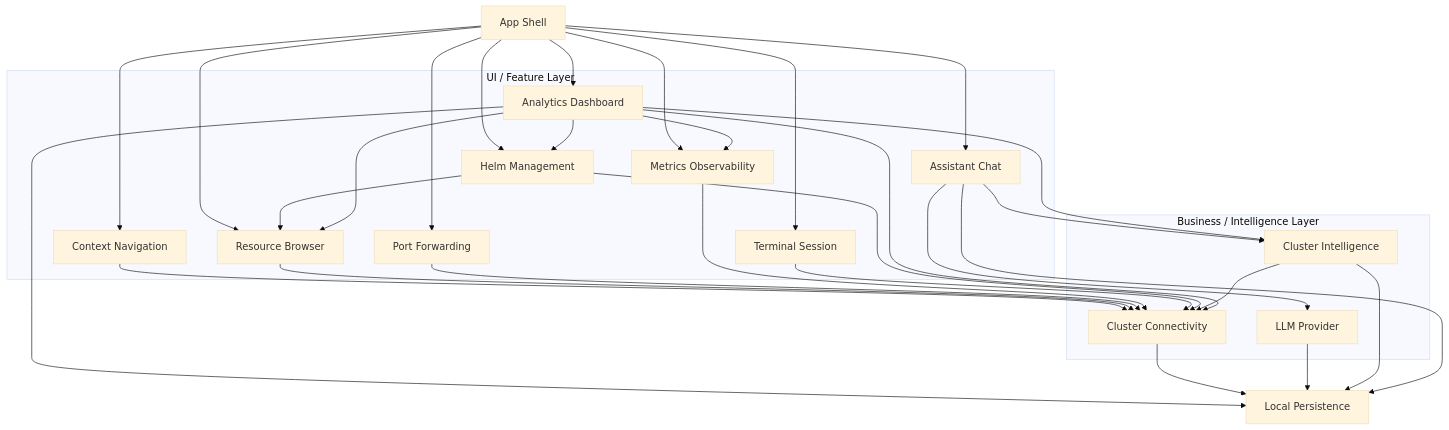
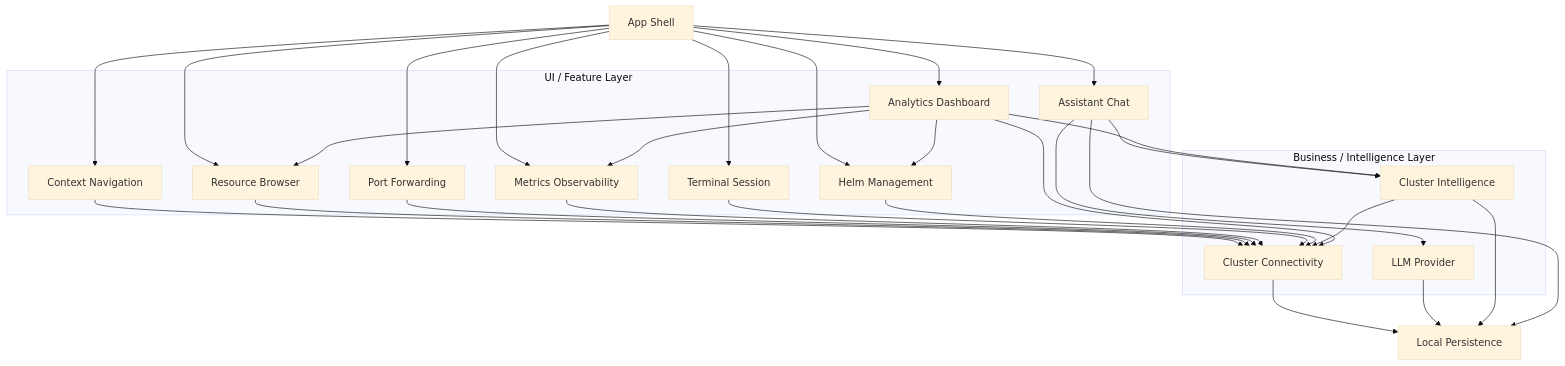
One commit to farchanjo/k8s-manager changed the diagram in docs/arch/README.md. Above: the diagram before and after it, drawn with Mermaid (base theme). The commit also changed other lines of this file and 2 other files, not shown here.

````diff
--- a/docs/arch/README.md
+++ b/docs/arch/README.md
@@ -163,56 +129,54 @@
 ```mermaid
 graph TB
     appShell[App Shell]
 
     subgraph uiLayer [UI / Feature Layer]
         contextNavigation[Context Navigation]
         resourceBrowser[Resource Browser]
         portForwarding[Port Forwarding]
         metricsObservability[Metrics Observability]
         terminalSession[Terminal Session]
         helmManagement[Helm Management]
         assistantChat[Assistant Chat]
         analyticsDashboard[Analytics Dashboard]
     end
 
     subgraph businessLayer [Business / Intelligence Layer]
         clusterConnectivity[Cluster Connectivity]
         clusterIntelligence[Cluster Intelligence]
         llmProvider[LLM Provider]
     end
 
     localPersistence[Local Persistence]
 
     appShell --> contextNavigation
     appShell --> resourceBrowser
     appShell --> portForwarding
     appShell --> metricsObservability
     appShell --> terminalSession
     appShell --> helmManagement
     appShell --> assistantChat
     appShell --> analyticsDashboard
 
     contextNavigation --> clusterConnectivity
     resourceBrowser --> clusterConnectivity
     portForwarding --> clusterConnectivity
     metricsObservability --> clusterConnectivity
     terminalSession --> clusterConnectivity
     helmManagement --> clusterConnectivity
-    helmManagement --> resourceBrowser
 
     assistantChat --> llmProvider
     assistantChat --> clusterIntelligence
     clusterIntelligence --> clusterConnectivity
 
     analyticsDashboard --> clusterConnectivity
     analyticsDashboard --> resourceBrowser
     analyticsDashboard --> metricsObservability
     analyticsDashboard --> helmManagement
     analyticsDashboard --> clusterIntelligence
-    analyticsDashboard --> localPersistence
 
     clusterConnectivity --> localPersistence
     llmProvider --> localPersistence
     clusterIntelligence --> localPersistence
     assistantChat --> localPersistence
 ```
````
